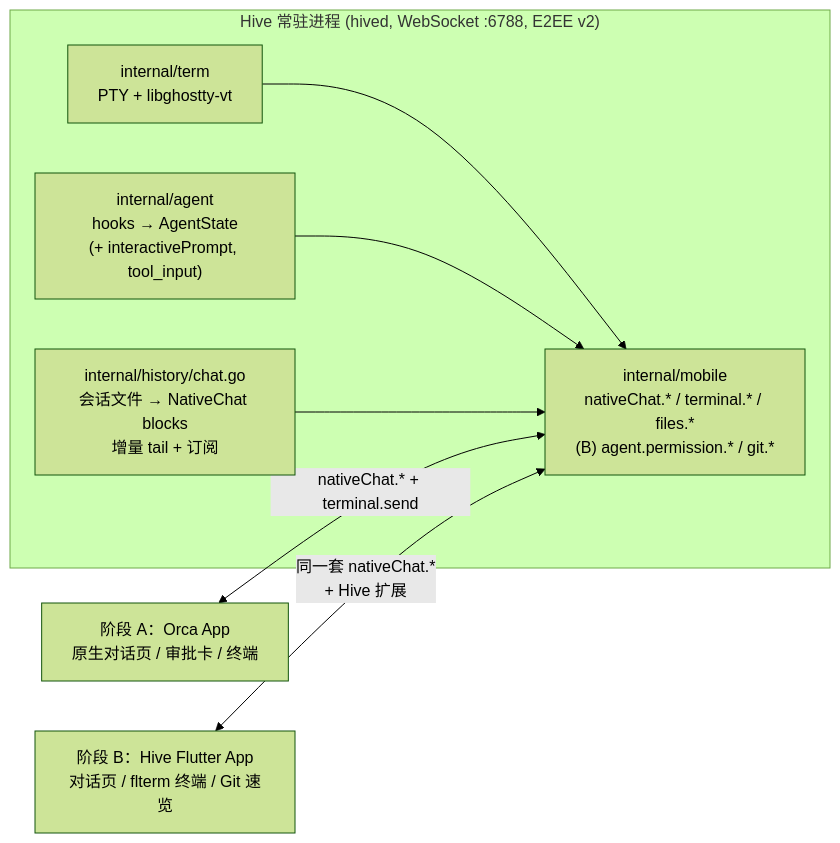
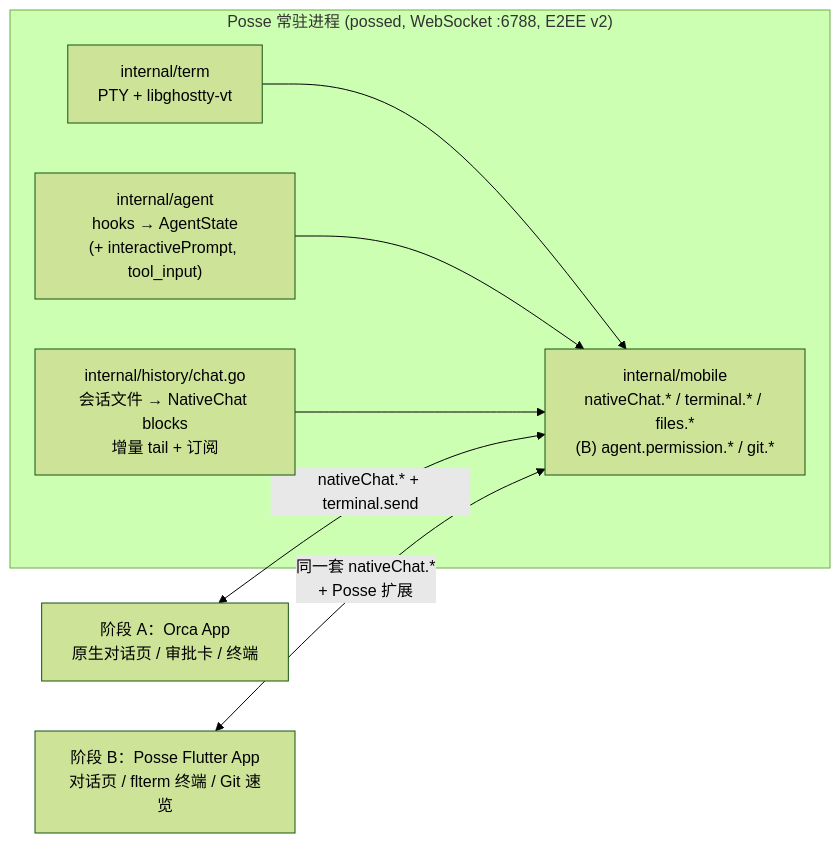
One commit to syanbo/posse changed the first of 2 diagrams in docs/mobile-flutter-architecture.md. Above: the diagram before and after it, drawn with Mermaid (forest theme). The commit also changed other lines of this file and 364 other files, not shown here.

````diff
--- a/docs/mobile-flutter-architecture.md
+++ b/docs/mobile-flutter-architecture.md
@@ -39,14 +39,14 @@
 ```mermaid
 flowchart LR
-    subgraph Desktop["Hive 常驻进程 (hived, WebSocket :6788, E2EE v2)"]
+    subgraph Desktop["Posse 常驻进程 (possed, WebSocket :6788, E2EE v2)"]
         Term["internal/term\nPTY + libghostty-vt"]
         Hooks["internal/agent\nhooks → AgentState\n(+ interactivePrompt, tool_input)"]
         Chat["internal/history/chat.go\n会话文件 → NativeChat blocks\n增量 tail + 订阅"]
         Mobile["internal/mobile\nnativeChat.* / terminal.* / files.*\n(B) agent.permission.* / git.*"]
         Term --> Mobile
         Hooks --> Mobile
         Chat --> Mobile
     end
     OrcaApp["阶段 A：Orca App\n原生对话页 / 审批卡 / 终端"] <-- "nativeChat.* + terminal.send" --> Mobile
-    Flutter["阶段 B：Hive Flutter App\n对话页 / flterm 终端 / Git 速览"] <-- "同一套 nativeChat.*\n+ Hive 扩展" --> Mobile
+    Flutter["阶段 B：Posse Flutter App\n对话页 / flterm 终端 / Git 速览"] <-- "同一套 nativeChat.*\n+ Posse 扩展" --> Mobile
 ```
````
